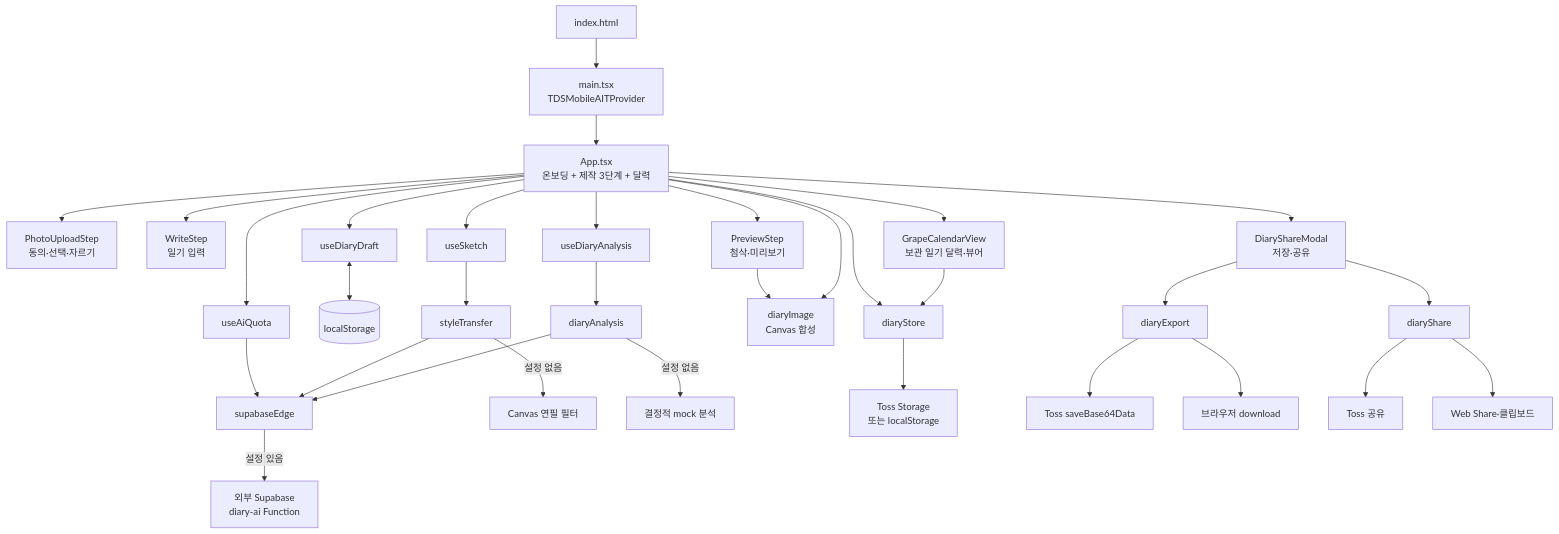
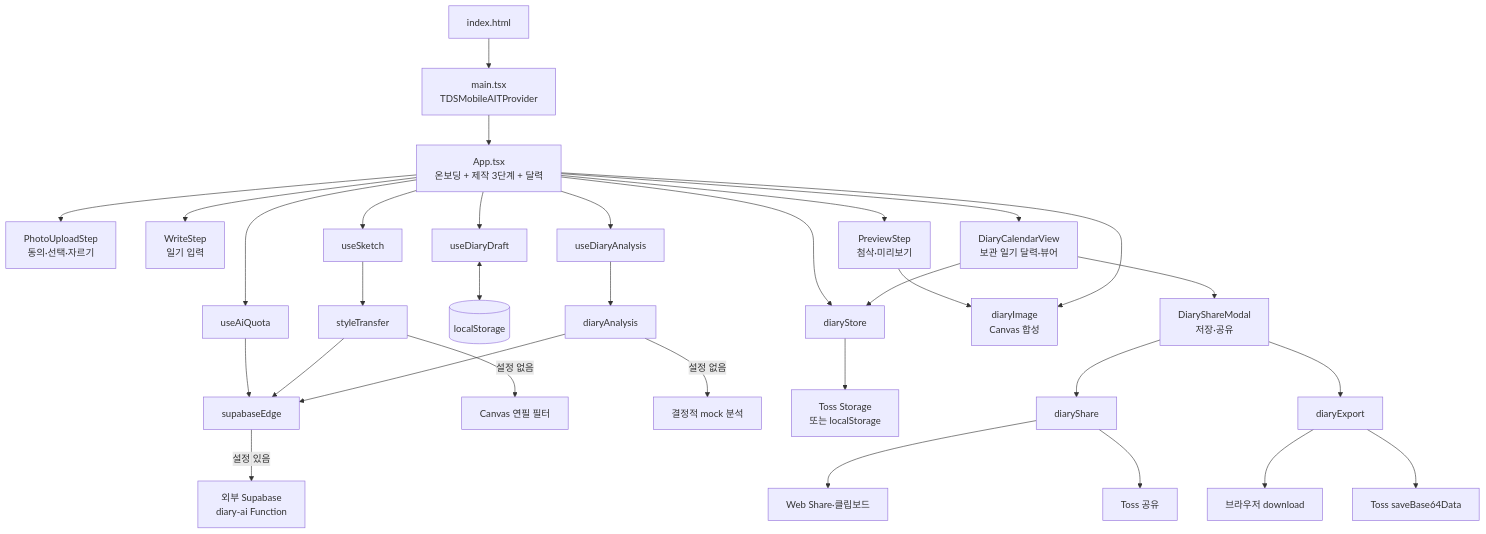
The first of 3 diagrams in docs/architecture.md (SummerVacationDiaryTMD/Summer_Vacation_Diary), drawn with Mermaid before and after one commit. The commit also changed other lines of this file and 12 other files, not shown here.

````diff
--- a/docs/architecture.md
+++ b/docs/architecture.md
@@ -14,39 +14,39 @@
 ```mermaid
 flowchart TD
     HTML["index.html"] --> Main["main.tsx<br/>TDSMobileAITProvider"]
     Main --> App["App.tsx<br/>온보딩 + 제작 3단계 + 달력"]
 
     App --> Upload["PhotoUploadStep<br/>동의·선택·자르기"]
     App --> Write["WriteStep<br/>일기 입력"]
     App --> Preview["PreviewStep<br/>첨삭·미리보기"]
-    App --> Calendar["GrapeCalendarView<br/>보관 일기 달력·뷰어"]
-    App --> ShareModal["DiaryShareModal<br/>저장·공유"]
+    App --> Calendar["DiaryCalendarView<br/>보관 일기 달력·뷰어"]
+    Calendar --> ShareModal["DiaryShareModal<br/>저장·공유"]
 
     App --> Draft["useDiaryDraft"]
     App --> Sketch["useSketch"]
     App --> Analysis["useDiaryAnalysis"]
     App --> Quota["useAiQuota"]
 
     Draft <--> Local[("localStorage")]
     Sketch --> Transfer["styleTransfer"]
     Analysis --> Analyzer["diaryAnalysis"]
     Quota --> EdgeClient["supabaseEdge"]
     Transfer --> EdgeClient
     Analyzer --> EdgeClient
 
     EdgeClient -->|설정 있음| Edge["외부 Supabase<br/>diary-ai Function"]
     Transfer -->|설정 없음| Filter["Canvas 연필 필터"]
     Analyzer -->|설정 없음| Mock["결정적 mock 분석"]
 
     Preview --> Composer["diaryImage<br/>Canvas 합성"]
     App --> Composer
     App --> Archive["diaryStore"]
     Calendar --> Archive
     Archive --> DeviceStore["Toss Storage<br/>또는 localStorage"]
     ShareModal --> Export["diaryExport"]
     ShareModal --> Share["diaryShare"]
     Export --> TossSave["Toss saveBase64Data"]
     Export --> BrowserSave["브라우저 download"]
     Share --> TossShare["Toss 공유"]
     Share --> BrowserShare["Web Share·클립보드"]
 ```
````
